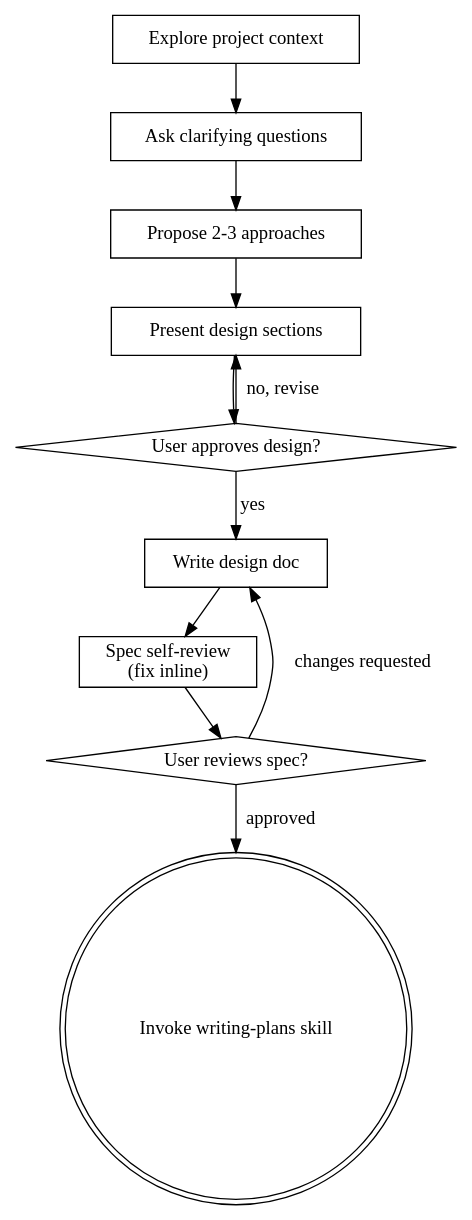
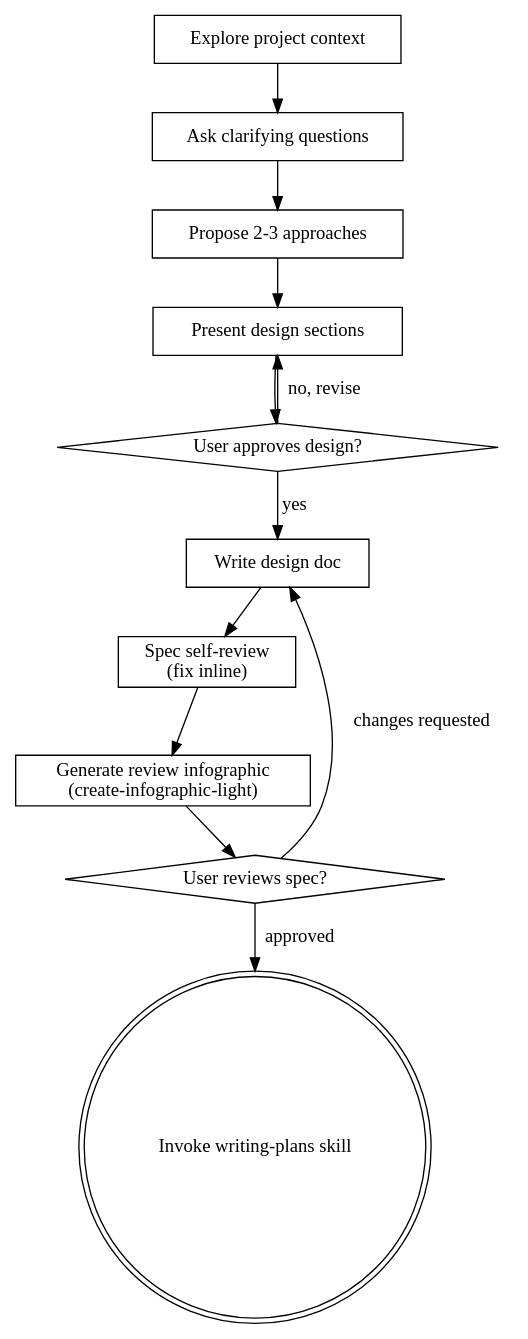
One commit to moorestech/moorestech changed the diagram in .claude/skills/brainstorming/SKILL.md. Above: the diagram before and after it, drawn with Graphviz. The commit also changed other lines of this file and 2 other files, not shown here.

Commit message:
chore(skills): create-infographic-lightをリポジトリに同梱しブレスト後の図解生成を必須化

````diff
--- a/.claude/skills/brainstorming/SKILL.md
+++ b/.claude/skills/brainstorming/SKILL.md
@@ -36,24 +37,26 @@
 ```dot
 digraph brainstorming {
     "Explore project context" [shape=box];
     "Ask clarifying questions" [shape=box];
     "Propose 2-3 approaches" [shape=box];
     "Present design sections" [shape=box];
     "User approves design?" [shape=diamond];
     "Write design doc" [shape=box];
     "Spec self-review\n(fix inline)" [shape=box];
     "User reviews spec?" [shape=diamond];
     "Invoke writing-plans skill" [shape=doublecircle];
 
     "Explore project context" -> "Ask clarifying questions";
     "Ask clarifying questions" -> "Propose 2-3 approaches";
     "Propose 2-3 approaches" -> "Present design sections";
     "Present design sections" -> "User approves design?";
     "User approves design?" -> "Present design sections" [label="no, revise"];
     "User approves design?" -> "Write design doc" [label="yes"];
     "Write design doc" -> "Spec self-review\n(fix inline)";
-    "Spec self-review\n(fix inline)" -> "User reviews spec?";
+    "Generate review infographic\n(create-infographic-light)" [shape=box];
+    "Spec self-review\n(fix inline)" -> "Generate review infographic\n(create-infographic-light)";
+    "Generate review infographic\n(create-infographic-light)" -> "User reviews spec?";
     "User reviews spec?" -> "Write design doc" [label="changes requested"];
     "User reviews spec?" -> "Invoke writing-plans skill" [label="approved"];
 }
 ```
````
